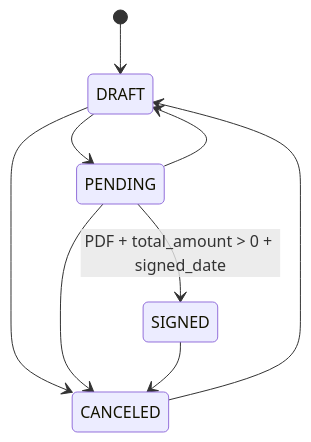
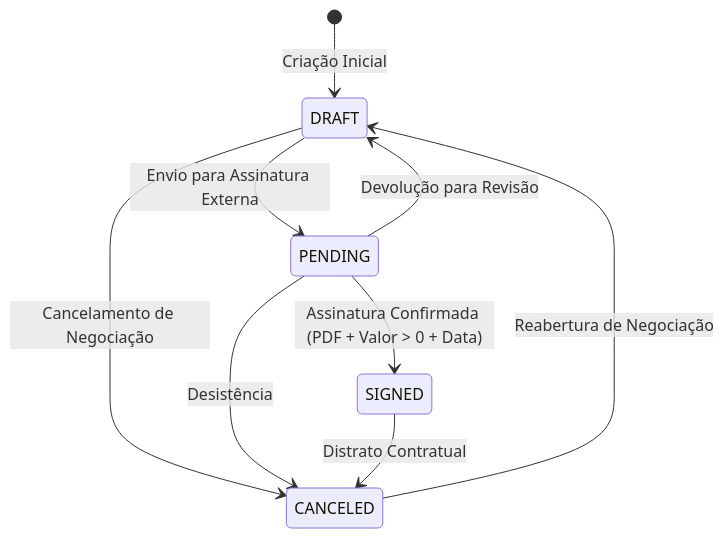
Before and after one commit to Rafaelp122/wedding_management: the first of 2 diagrams in docs/architecture/business-rules/logistics/contract-state-machine.md, drawn with Mermaid. The commit also changed other lines of this file and 114 other files, not shown here.

````diff
--- a/docs/architecture/business-rules/logistics/contract-state-machine.md
+++ b/docs/architecture/business-rules/logistics/contract-state-machine.md
@@ -20,11 +47,11 @@
 ```mermaid
 stateDiagram-v2
-    [*] --> DRAFT
-    DRAFT --> PENDING
-    DRAFT --> CANCELED
-    PENDING --> SIGNED : PDF + total_amount > 0 + signed_date
-    PENDING --> DRAFT
-    PENDING --> CANCELED
-    SIGNED --> CANCELED
-    CANCELED --> DRAFT
+    [*] --> DRAFT : Criação Inicial
+    DRAFT --> PENDING : Envio para Assinatura Externa
+    DRAFT --> CANCELED : Cancelamento de Negociação
+    PENDING --> SIGNED : Assinatura Confirmada (PDF + Valor > 0 + Data)
+    PENDING --> DRAFT : Devolução para Revisão
+    PENDING --> CANCELED : Desistência
+    SIGNED --> CANCELED : Distrato Contratual
+    CANCELED --> DRAFT : Reabertura de Negociação
 ```
````
